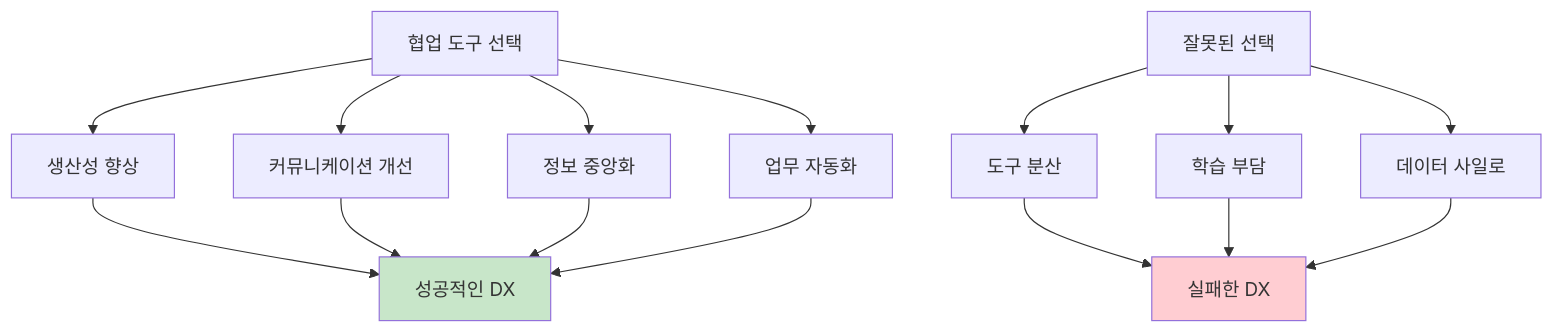
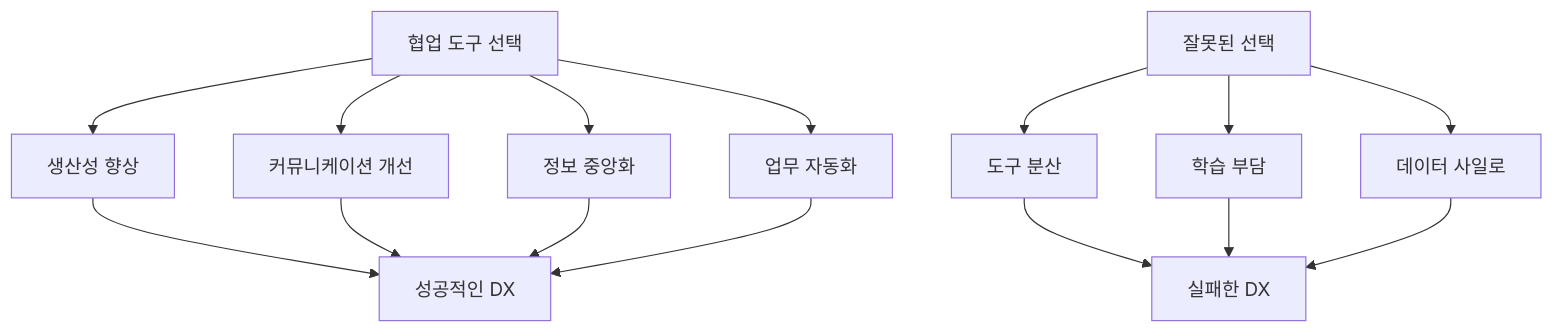
Before and after one commit to nugurejeil/weniVooks: the first of 20 diagrams in _md/genai-notion/chapter06/06-2.md, drawn with Mermaid. The commit also changed other lines of this file and 187 other files, not shown here.

````diff
--- a/_md/genai-notion/chapter06/06-2.md
+++ b/_md/genai-notion/chapter06/06-2.md
@@ -11,23 +15,20 @@
 ```mermaid
 graph TD
     A[협업 도구 선택] --> B[생산성 향상]
     A --> C[커뮤니케이션 개선]
     A --> D[정보 중앙화]
     A --> E[업무 자동화]
 
     B --> F[성공적인 DX]
     C --> F
     D --> F
     E --> F
 
     G[잘못된 선택] --> H[도구 분산]
     G --> I[학습 부담]
     G --> J[데이터 사일로]
 
     H --> K[실패한 DX]
     I --> K
     J --> K
-
-    style F fill:#C8E6C9
-    style K fill:#FFCDD2
 ```
````
